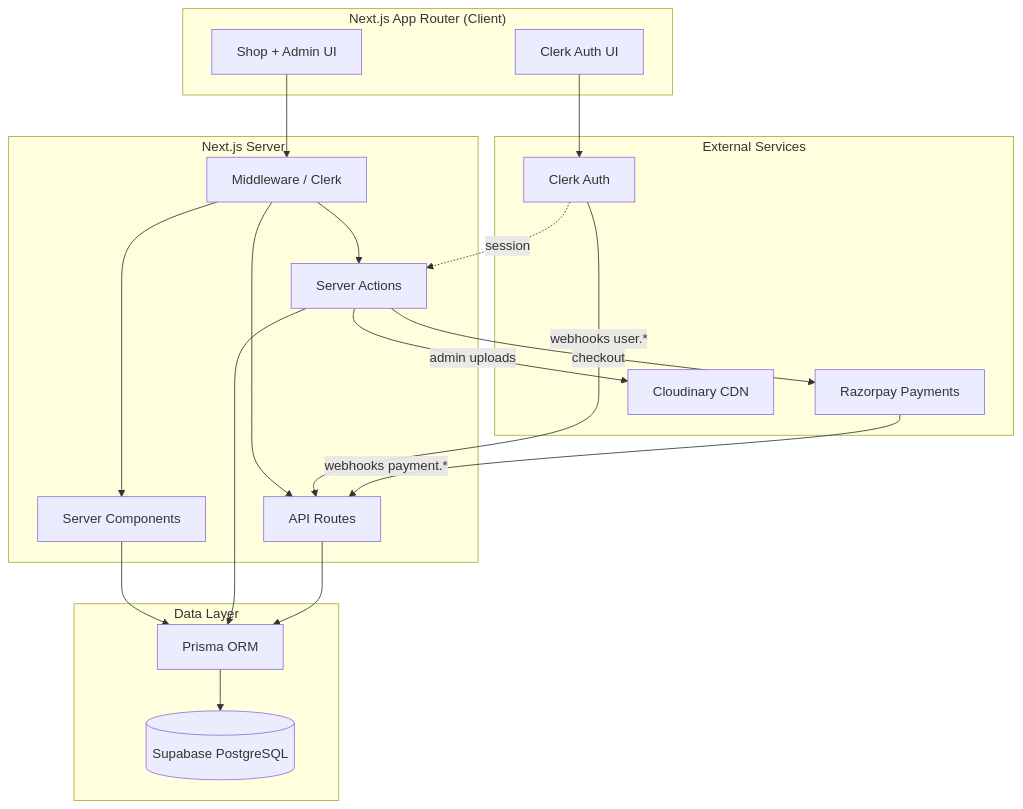
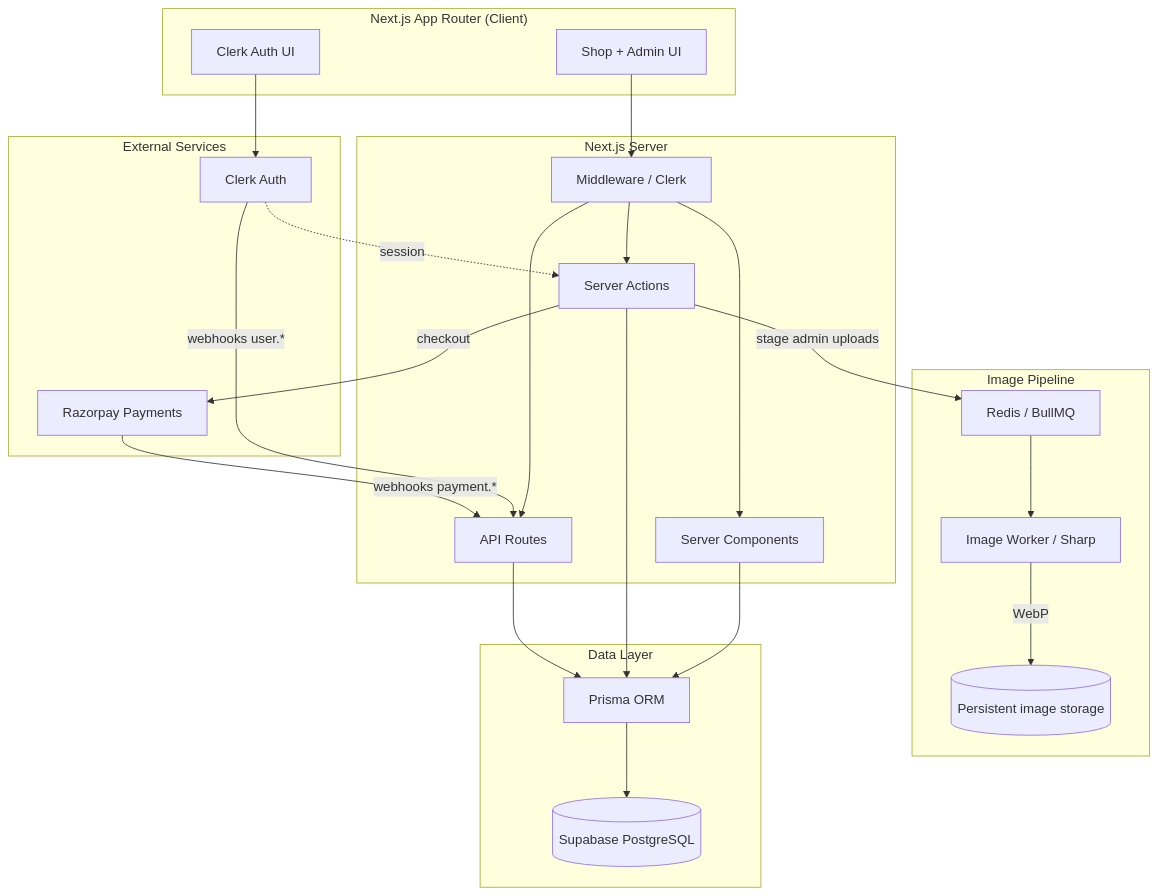
One commit to CodedPraveen/shoes-house changed the first of 2 diagrams in ARCHITECTURE.md. Above: the diagram before and after it, drawn with Mermaid. The commit also changed other lines of this file and 38 other files, not shown here.

````diff
--- a/ARCHITECTURE.md
+++ b/ARCHITECTURE.md
@@ -5,42 +5,49 @@
 ```mermaid
 flowchart TB
   subgraph Client["Next.js App Router (Client)"]
     UI[Shop + Admin UI]
     ClerkUI[Clerk Auth UI]
   end
 
   subgraph Next["Next.js Server"]
     MW[Middleware / Clerk]
     SC[Server Components]
     SA[Server Actions]
     API[API Routes]
   end
 
   subgraph External["External Services"]
     Clerk[Clerk Auth]
     RZP[Razorpay Payments]
-    CLD[Cloudinary CDN]
+  end
+
+  subgraph Images["Image Pipeline"]
+    Redis[Redis / BullMQ]
+    Worker[Image Worker / Sharp]
+    Storage[(Persistent image storage)]
   end
 
   subgraph Data["Data Layer"]
     Prisma[Prisma ORM]
     DB[(Supabase PostgreSQL)]
   end
 
   UI --> MW
   ClerkUI --> Clerk
   MW --> SC
   MW --> SA
   MW --> API
   SC --> Prisma
   SA --> Prisma
   API --> Prisma
   Prisma --> DB
 
   Clerk -->|webhooks user.*| API
   RZP -->|webhooks payment.*| API
   SA -->|checkout| RZP
-  SA -->|admin uploads| CLD
+  SA -->|stage admin uploads| Redis
+  Redis --> Worker
+  Worker -->|WebP| Storage
 
   Clerk -.->|session| SA
 ```
````
